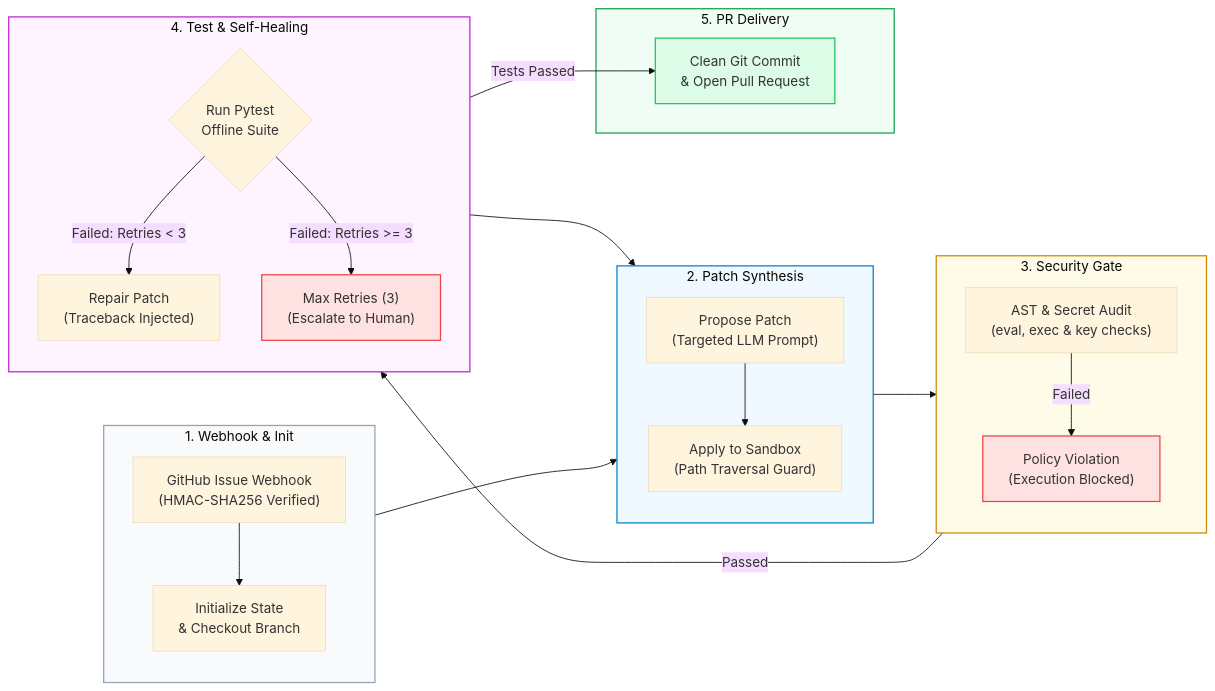
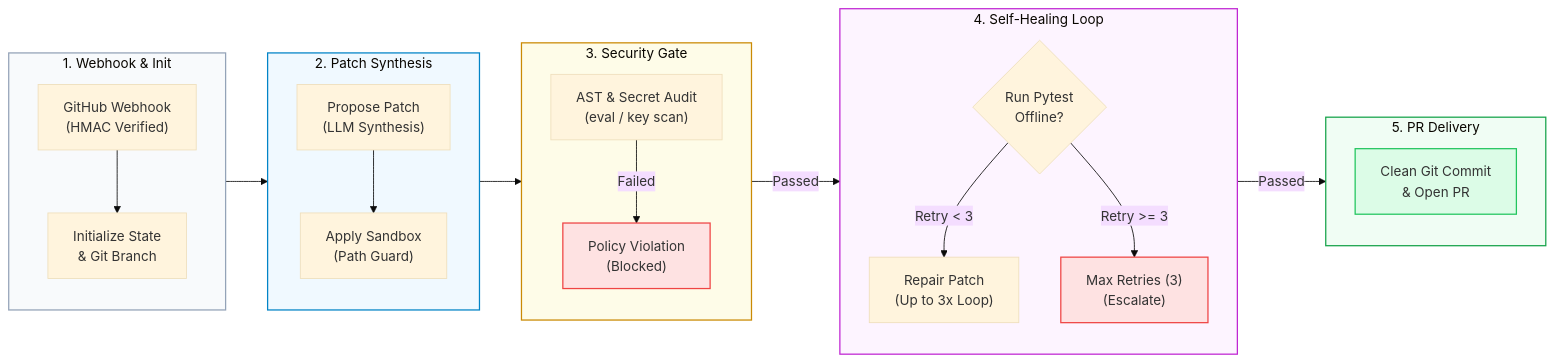
Before and after one commit to Kenono2000/enterprise-rag-pgvector-rbac: the seventh of 9 diagrams in README.md, drawn with Mermaid (base theme). The commit also changed other lines of this file, not shown here.

Commit message:
docs: simplify and restructure mermaid diagrams in README for better readability

````diff
--- a/README.md
+++ b/README.md
@@ -836,52 +790,52 @@
 ```mermaid
 flowchart LR
     subgraph Intake ["1. Webhook & Init"]
         direction TB
-        Hook["GitHub Issue Webhook<br/>(HMAC-SHA256 Verified)"]
-        Init["Initialize State<br/>& Checkout Branch"]
+        Hook["GitHub Webhook<br/>(HMAC Verified)"]
+        Init["Initialize State<br/>& Git Branch"]
         Hook --> Init
     end
 
     subgraph Gen ["2. Patch Synthesis"]
         direction TB
-        Propose["Propose Patch<br/>(Targeted LLM Prompt)"]
-        Apply["Apply to Sandbox<br/>(Path Traversal Guard)"]
+        Propose["Propose Patch<br/>(LLM Synthesis)"]
+        Apply["Apply Sandbox<br/>(Path Guard)"]
         Propose --> Apply
     end
 
     subgraph Audit ["3. Security Gate"]
         direction TB
-        Inspect["AST & Secret Audit<br/>(eval, exec & key checks)"]
-        Reject["Policy Violation<br/>(Execution Blocked)"]
+        Inspect["AST & Secret Audit<br/>(eval / key scan)"]
+        Reject["Policy Violation<br/>(Blocked)"]
         Inspect -->|Failed| Reject
     end
 
-    subgraph Verify ["4. Test & Self-Healing"]
+    subgraph Verify ["4. Self-Healing Loop"]
         direction TB
-        Test{"Run Pytest<br/>Offline Suite"}
-        Repair["Repair Patch<br/>(Traceback Injected)"]
-        Escalate["Max Retries (3)<br/>(Escalate to Human)"]
+        Test{"Run Pytest<br/>Offline?"}
+        Repair["Repair Patch<br/>(Up to 3x Loop)"]
+        Escalate["Max Retries (3)<br/>(Escalate)"]
 
-        Test -->|Failed: Retries < 3| Repair
-        Test -->|Failed: Retries >= 3| Escalate
+        Test -->|Retry < 3| Repair
+        Test -->|Retry >= 3| Escalate
     end
 
     subgraph Done ["5. PR Delivery"]
-        PR["Clean Git Commit<br/>& Open Pull Request"]
+        direction TB
+        PR["Clean Git Commit<br/>& Open PR"]
     end
 
-    Init --> Propose
-    Apply --> Inspect
-    Inspect -->|Passed| Test
-    Repair --> Apply
-    Test -->|Tests Passed| PR
+    Intake --> Gen
+    Gen --> Audit
+    Audit -->|Passed| Verify
+    Verify -->|Passed| Done
 
     style Intake fill:#f8fafc,stroke:#94a3b8,stroke-width:1.5px
     style Gen fill:#f0f9ff,stroke:#0284c7,stroke-width:1.5px
     style Audit fill:#fefce8,stroke:#ca8a04,stroke-width:1.5px
     style Verify fill:#fdf4ff,stroke:#c026d3,stroke-width:1.5px
     style Done fill:#f0fdf4,stroke:#16a34a,stroke-width:1.5px
     style Reject fill:#fee2e2,stroke:#ef4444,stroke-width:1.5px
     style Escalate fill:#fee2e2,stroke:#ef4444,stroke-width:1.5px
     style PR fill:#dcfce7,stroke:#22c55e,stroke-width:1.5px
 ```
````
